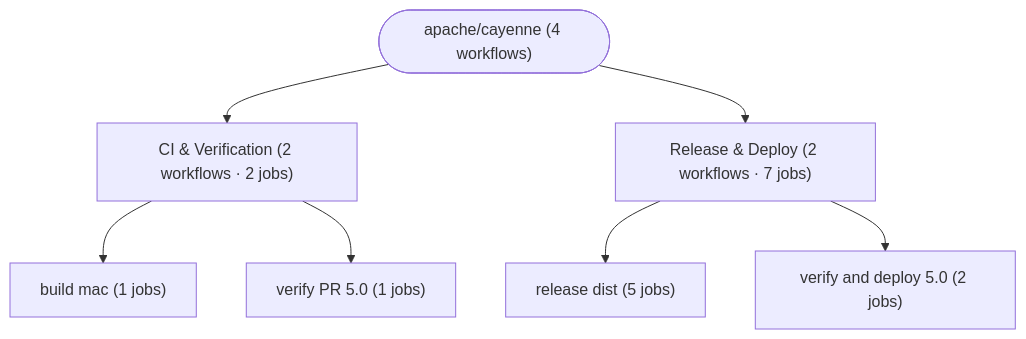
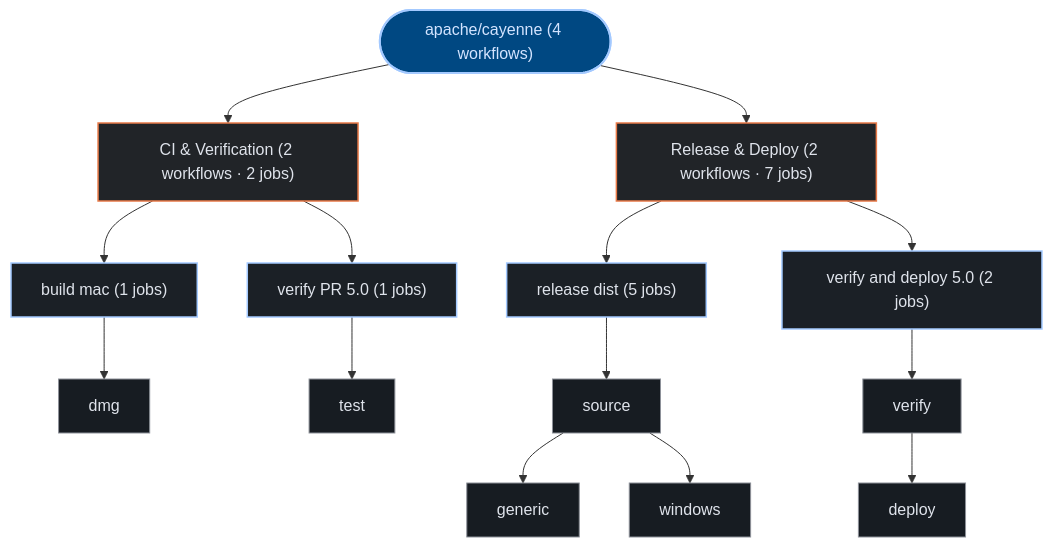
One commit to kumarshaz/atruss-code-atlas changed the third of 3 diagrams in exports/latest/reports/apache-cayenne-report.md. Above: the diagram before and after it, drawn with Mermaid. The commit also changed other lines of this file and 331 other files, not shown here.

Commit message:
docs,ui,fix: update SDLC docs, reorder CI/CD DAG first, stylize Mermaid, and fix Arc42 pipeline topology

````diff
--- a/exports/latest/reports/apache-cayenne-report.md
+++ b/exports/latest/reports/apache-cayenne-report.md
@@ -212,16 +223,37 @@
 ```mermaid
 graph TD;
-  pipeline_root(["apache/cayenne (4 workflows)"])
-  grp_0_CI___Verification["CI & Verification (2 workflows · 2 jobs)"]
+  classDef atlasRoot fill:#004882,stroke:#a3c9ff,stroke-width:2px,color:#d3e4ff
+  classDef atlasCategory fill:#212428,stroke:#E87A48,stroke-width:1.5px,color:#dfe3eb
+  classDef atlasWorkflow fill:#1b2026,stroke:#a3c9ff,stroke-width:1.5px,color:#dfe3eb
+  classDef atlasJob fill:#171c22,stroke:#8d9199,stroke-width:1px,color:#dfe3eb
+  classDef atlasTarget fill:#005227,stroke:#8bd99b,stroke-width:1.5px,color:#a7f6b6
+  classDef atlasAlert fill:#93000a,stroke:#ffb4ab,stroke-width:1.5px,color:#ffdad6
+  classDef atlasMore fill:#252a31,stroke:#8d9199,stroke-dasharray:4 4,color:#c3c6cf
+  pipeline_root(["apache/cayenne (4 workflows)"]):::atlasRoot
+  grp_0_CI___Verification["CI & Verification (2 workflows · 2 jobs)"]:::atlasCategory
   pipeline_root --> grp_0_CI___Verification
-  wf_0_build_mac["build mac (1 jobs)"]
+  wf_0_build_mac["build mac (1 jobs)"]:::atlasWorkflow
   grp_0_CI___Verification --> wf_0_build_mac
-  wf_3_verify_PR_5_0["verify PR 5.0 (1 jobs)"]
+  job_0_dmg["dmg"]:::atlasJob
+  wf_0_build_mac --> job_0_dmg
+  wf_3_verify_PR_5_0["verify PR 5.0 (1 jobs)"]:::atlasWorkflow
   grp_0_CI___Verification --> wf_3_verify_PR_5_0
-  grp_1_Release___Deploy["Release & Deploy (2 workflows · 7 jobs)"]
+  job_3_test["test"]:::atlasJob
+  wf_3_verify_PR_5_0 --> job_3_test
+  grp_1_Release___Deploy["Release & Deploy (2 workflows · 7 jobs)"]:::atlasCategory
   pipeline_root --> grp_1_Release___Deploy
-  wf_1_release_dist["release dist (5 jobs)"]
+  wf_1_release_dist["release dist (5 jobs)"]:::atlasWorkflow
   grp_1_Release___Deploy --> wf_1_release_dist
-  wf_2_verify_and_deploy_5_0["verify and deploy 5.0 (2 jobs)"]
+  job_1_source["source"]:::atlasJob
+  job_1_generic["generic"]:::atlasJob
+  job_1_windows["windows"]:::atlasJob
+  wf_1_release_dist --> job_1_source
+  job_1_source --> job_1_generic
+  job_1_source --> job_1_windows
+  wf_2_verify_and_deploy_5_0["verify and deploy 5.0 (2 jobs)"]:::atlasWorkflow
   grp_1_Release___Deploy --> wf_2_verify_and_deploy_5_0
+  job_2_verify["verify"]:::atlasJob
+  job_2_deploy["deploy"]:::atlasJob
+  wf_2_verify_and_deploy_5_0 --> job_2_verify
+  job_2_verify --> job_2_deploy
 ```
````
